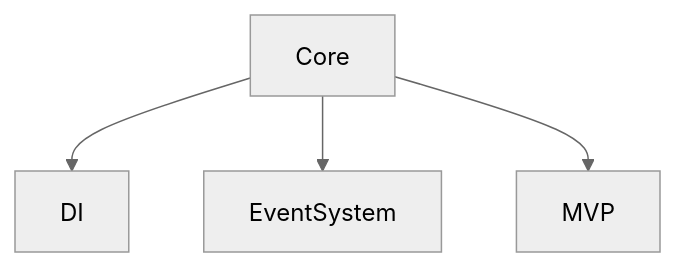
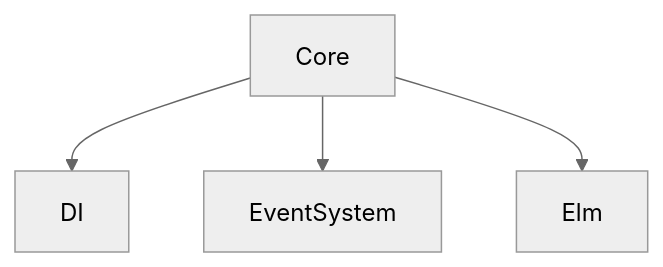
One commit to pancake-llc/foundation changed the diagram in README.md. Above: the diagram before and after it, drawn with Mermaid (neutral theme). The commit also changed other lines of this file and 3 other files, not shown here.

````diff
--- a/README.md
+++ b/README.md
@@ -75,6 +75,6 @@
 ```mermaid
 graph TD;
     Core-->DI;
     Core-->EventSystem;
-    Core-->MVP;
+    Core-->Elm;
 ```
````
